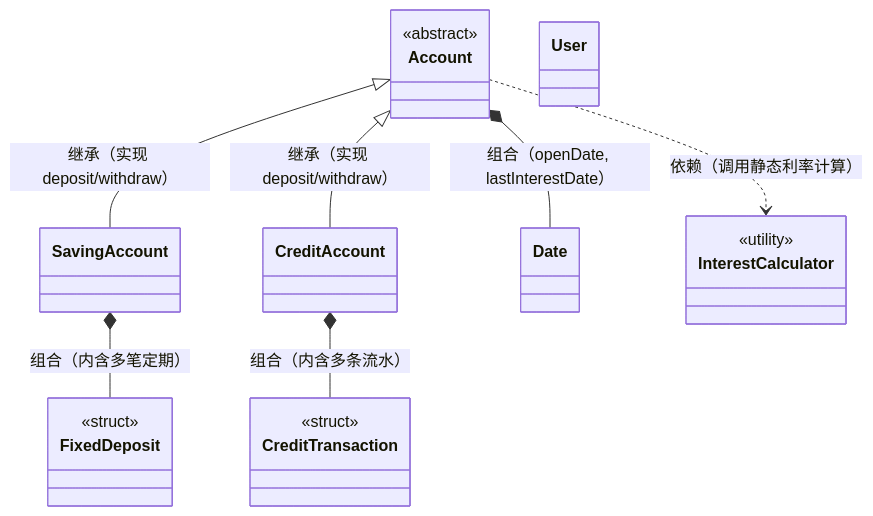
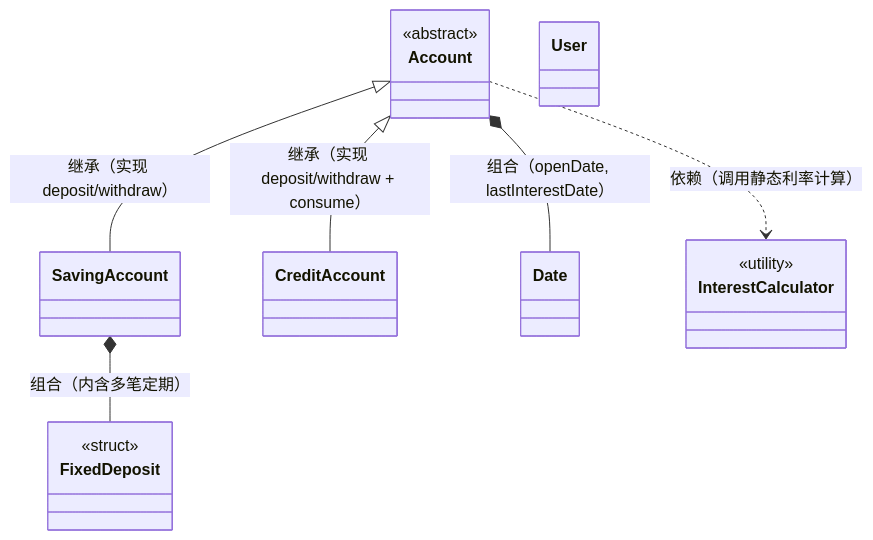
One commit to Suyouli0527/thu_cpphw_csc changed the seventh of 17 diagrams in include/设计说明书.md. Above: the diagram before and after it, drawn with Mermaid. The commit also changed other lines of this file and 11 other files, not shown here.

First line of the commit message:
Refactor CreditAccount to separate cash advance and consumption debts

````diff
--- a/include/设计说明书.md
+++ b/include/设计说明书.md
@@ -219,27 +214,23 @@
 ```mermaid
 classDiagram
     direction TB
     class Account {
         <<abstract>>
     }
     class SavingAccount
     class CreditAccount
     class FixedDeposit {
         <<struct>>
     }
-    class CreditTransaction {
-        <<struct>>
-    }
     class Date
     class InterestCalculator {
         <<utility>>
     }
     class User
 
     Account <|-- SavingAccount : 继承（实现 deposit/withdraw）
-    Account <|-- CreditAccount : 继承（实现 deposit/withdraw）
+    Account <|-- CreditAccount : 继承（实现 deposit/withdraw + consume）
     SavingAccount *-- FixedDeposit : 组合（内含多笔定期）
-    CreditAccount *-- CreditTransaction : 组合（内含多条流水）
     Account *-- Date : 组合（openDate, lastInterestDate）
     Account ..> InterestCalculator : 依赖（调用静态利率计算）
 ```
````
